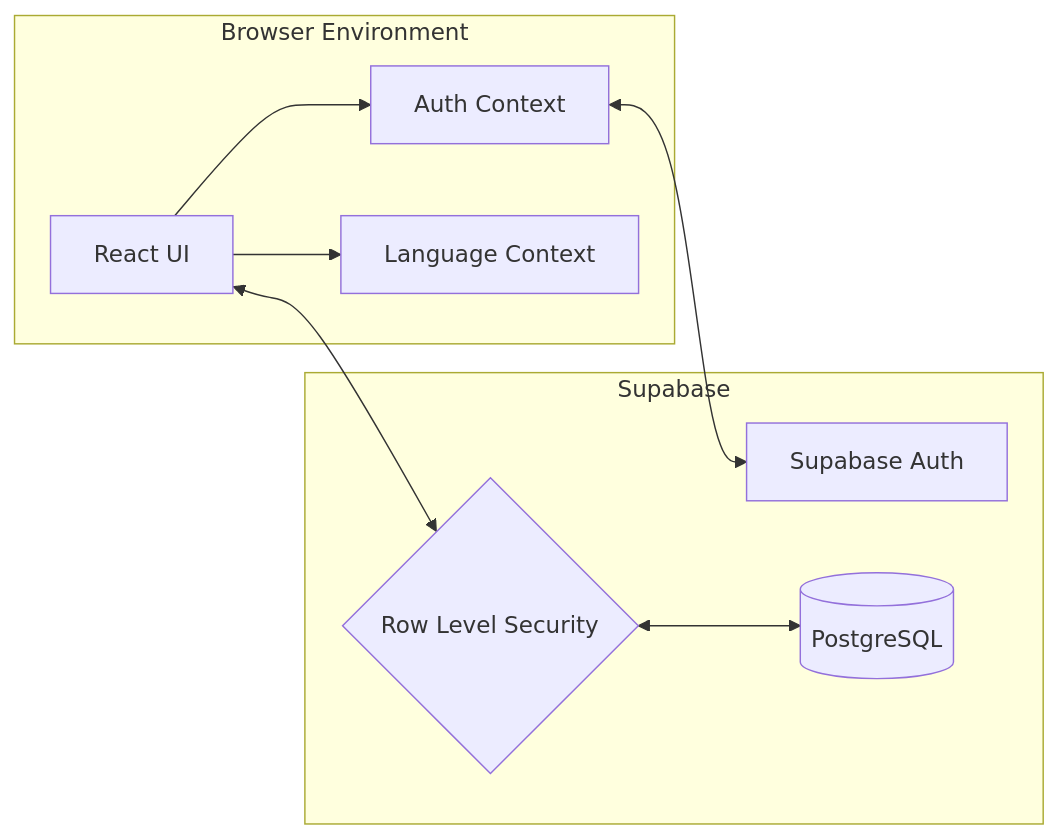
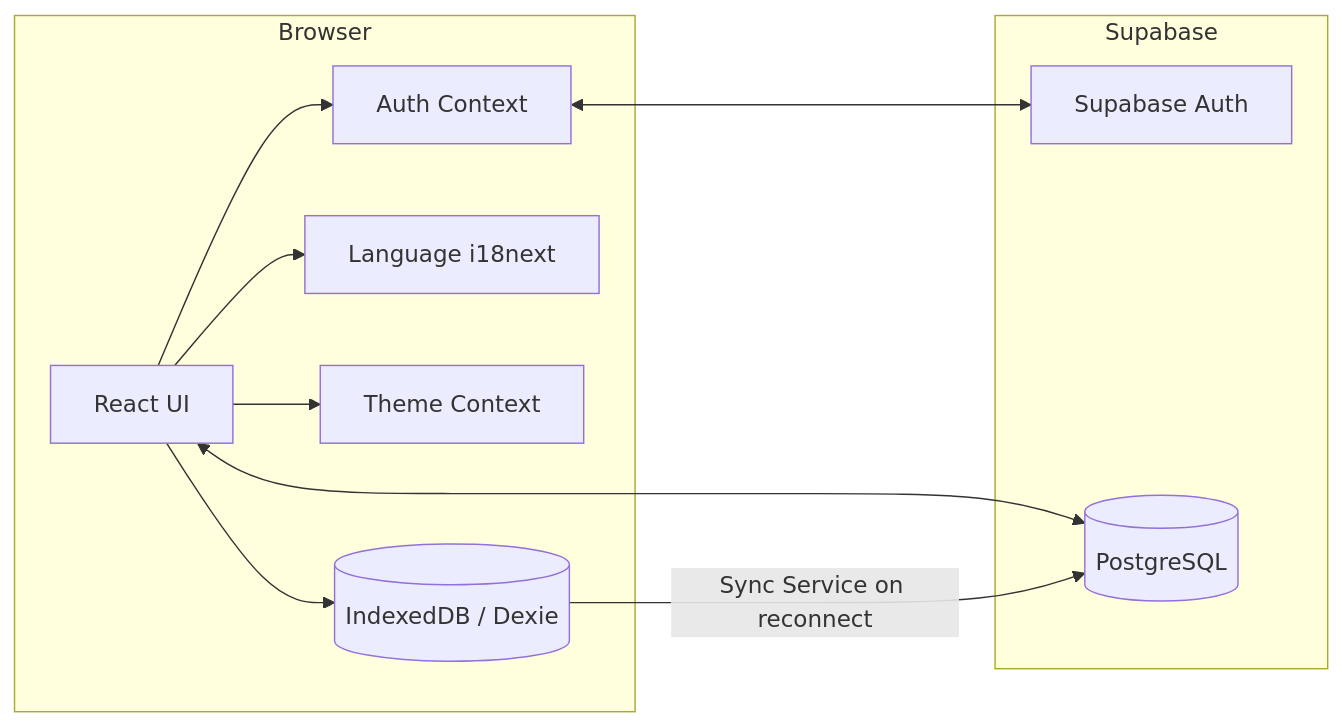
One commit to sucksatcse/HealStats changed the second of 3 diagrams in README.md. Above: the diagram before and after it, drawn with Mermaid. The commit also changed other lines of this file and 3 other files, not shown here.

````diff
--- a/README.md
+++ b/README.md
@@ -113,13 +121,14 @@
 ```mermaid
 flowchart LR
-    subgraph Client [Browser Environment]
-        React[React UI] --> AuthCtx[Auth Context]
-        React --> LangCtx[Language Context]
+    subgraph Client [Browser]
+        UI[React UI] --> Auth[Auth Context]
+        UI --> Lang[Language i18next]
+        UI --> Theme[Theme Context]
+        UI --> Dexie[(IndexedDB / Dexie)]
     end
-
     subgraph Cloud [Supabase]
-        AuthCtx <--> SAuth[Supabase Auth]
-        React <--> RLS{Row Level Security}
-        RLS <--> DB[(PostgreSQL)]
+        Auth <--> SAuth[Supabase Auth]
+        UI <--> DB[(PostgreSQL)]
     end
+    Dexie -->|Sync Service on reconnect| DB
 ```
````
